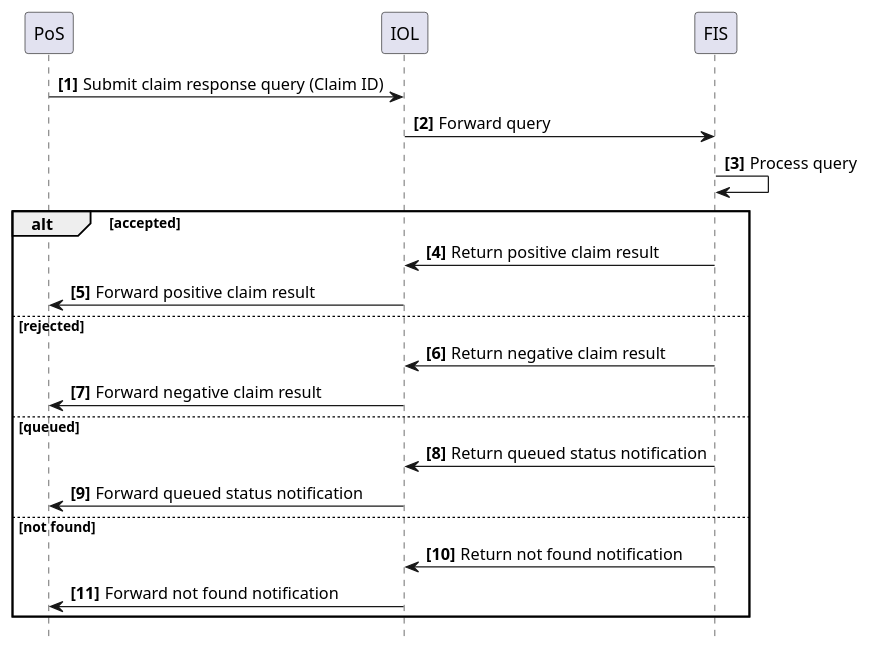
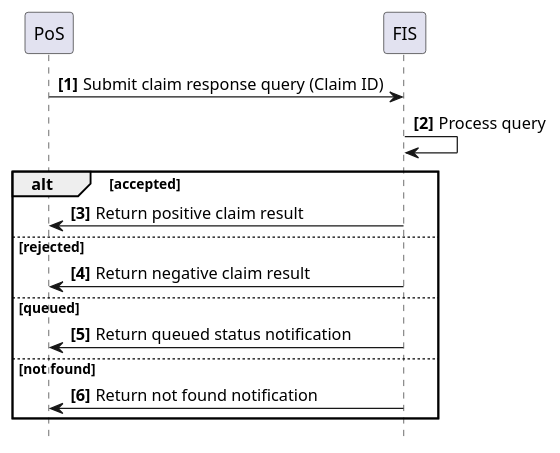
One commit to IHE/ITI.Finance changed the diagram in input/images-source/usecase7-processflow.plantuml. Above: the diagram before and after it, drawn with PlantUML. The commit also changed 7 other files, not shown here.

Commit message:
Removed IOL (mediator layer) from use cases and diagrams as it's not needed for the use cases.

```diff
--- a/input/images-source/usecase7-processflow.plantuml
+++ b/input/images-source/usecase7-processflow.plantuml
@@ -1,28 +1,22 @@
 @startuml
 skinparam svgDimensionStyle false
 hide footbox
 autonumber "<b>[0]"
 
 participant PoS
-participant IOL
 participant FIS
 
-PoS -> IOL: Submit claim response query (Claim ID)
-IOL -> FIS: Forward query
+PoS -> FIS: Submit claim response query (Claim ID)
 FIS -> FIS: Process query
 
 alt accepted
-	FIS -> IOL: Return positive claim result
-	IOL -> PoS: Forward positive claim result
+	FIS -> PoS: Return positive claim result
 else rejected
-	FIS -> IOL: Return negative claim result
-	IOL -> PoS: Forward negative claim result
+	FIS -> PoS: Return negative claim result
 else queued
-	FIS -> IOL: Return queued status notification
-	IOL -> PoS: Forward queued status notification
+	FIS -> PoS: Return queued status notification
 else not found
-	FIS -> IOL: Return not found notification
-	IOL -> PoS: Forward not found notification
+	FIS -> PoS: Return not found notification
 end
 
 @enduml
```
